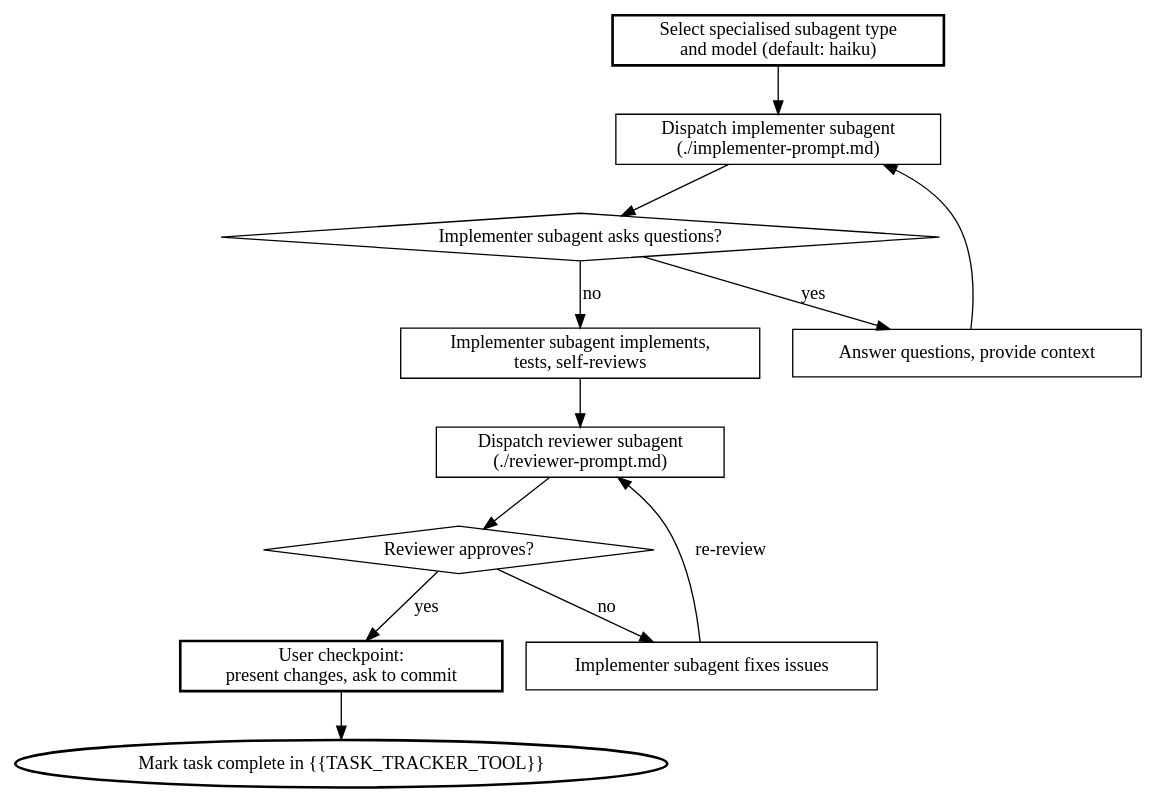
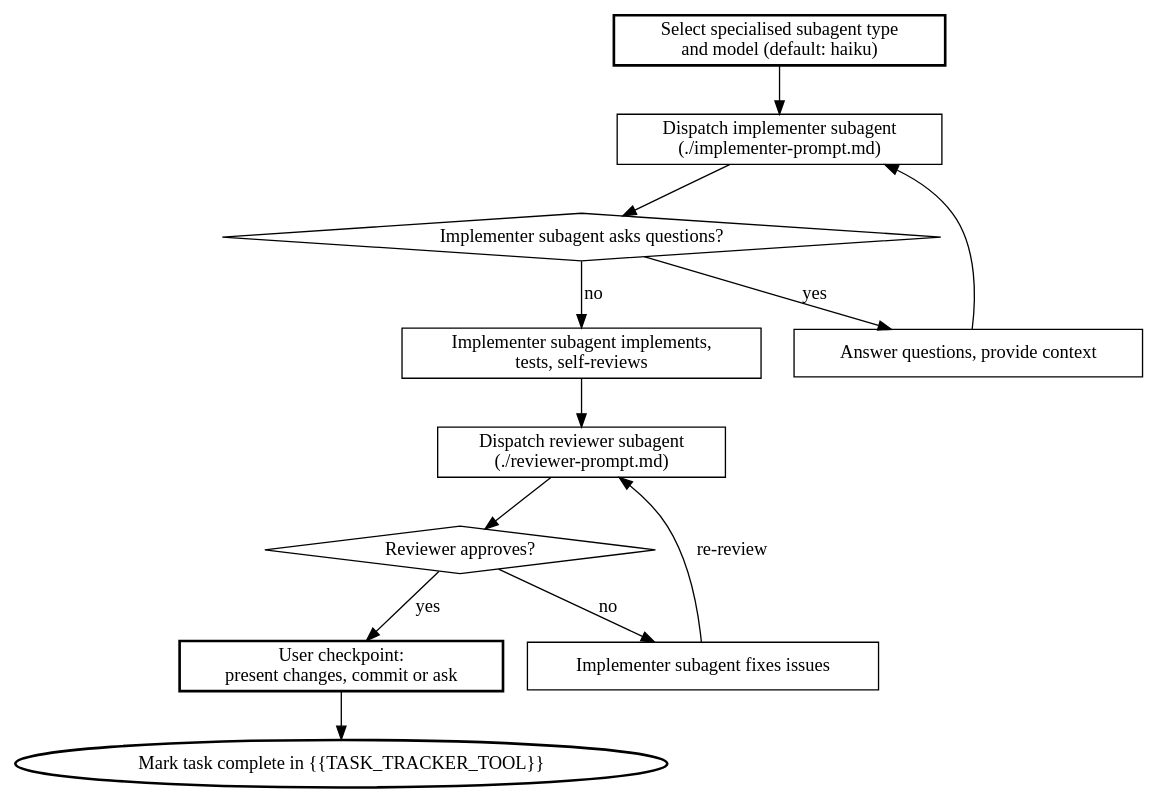
The third of 3 diagrams in ai/skills/subagent-driven-development/SKILL.md (philipobenito/dot), drawn with Graphviz before and after one commit. The commit also changed other lines of this file, not shown here.

Commit message:
Add user commit preference options to subagent-driven development

````diff
--- a/ai/skills/subagent-driven-development/SKILL.md
+++ b/ai/skills/subagent-driven-development/SKILL.md
@@ -225,28 +234,28 @@
 ```dot
 digraph per_task_pipeline {
     rankdir=TB;
 
     "Select specialised subagent type\nand model (default: haiku)" [shape=box, style=bold];
     "Dispatch implementer subagent\n(./implementer-prompt.md)" [shape=box];
     "Implementer subagent asks questions?" [shape=diamond];
     "Answer questions, provide context" [shape=box];
     "Implementer subagent implements,\ntests, self-reviews" [shape=box];
     "Dispatch reviewer subagent\n(./reviewer-prompt.md)" [shape=box];
     "Reviewer approves?" [shape=diamond];
     "Implementer subagent fixes issues" [shape=box];
-    "User checkpoint:\npresent changes, ask to commit" [shape=box, style=bold];
+    "User checkpoint:\npresent changes, commit or ask" [shape=box, style=bold];
     "Mark task complete in {{TASK_TRACKER_TOOL}}" [style=bold];
 
     "Select specialised subagent type\nand model (default: haiku)" -> "Dispatch implementer subagent\n(./implementer-prompt.md)";
     "Dispatch implementer subagent\n(./implementer-prompt.md)" -> "Implementer subagent asks questions?";
     "Implementer subagent asks questions?" -> "Answer questions, provide context" [label="yes"];
     "Answer questions, provide context" -> "Dispatch implementer subagent\n(./implementer-prompt.md)";
     "Implementer subagent asks questions?" -> "Implementer subagent implements,\ntests, self-reviews" [label="no"];
     "Implementer subagent implements,\ntests, self-reviews" -> "Dispatch reviewer subagent\n(./reviewer-prompt.md)";
     "Dispatch reviewer subagent\n(./reviewer-prompt.md)" -> "Reviewer approves?";
     "Reviewer approves?" -> "Implementer subagent fixes issues" [label="no"];
     "Implementer subagent fixes issues" -> "Dispatch reviewer subagent\n(./reviewer-prompt.md)" [label="re-review"];
-    "Reviewer approves?" -> "User checkpoint:\npresent changes, ask to commit" [label="yes"];
-    "User checkpoint:\npresent changes, ask to commit" -> "Mark task complete in {{TASK_TRACKER_TOOL}}";
+    "Reviewer approves?" -> "User checkpoint:\npresent changes, commit or ask" [label="yes"];
+    "User checkpoint:\npresent changes, commit or ask" -> "Mark task complete in {{TASK_TRACKER_TOOL}}";
 }
 ```
````
